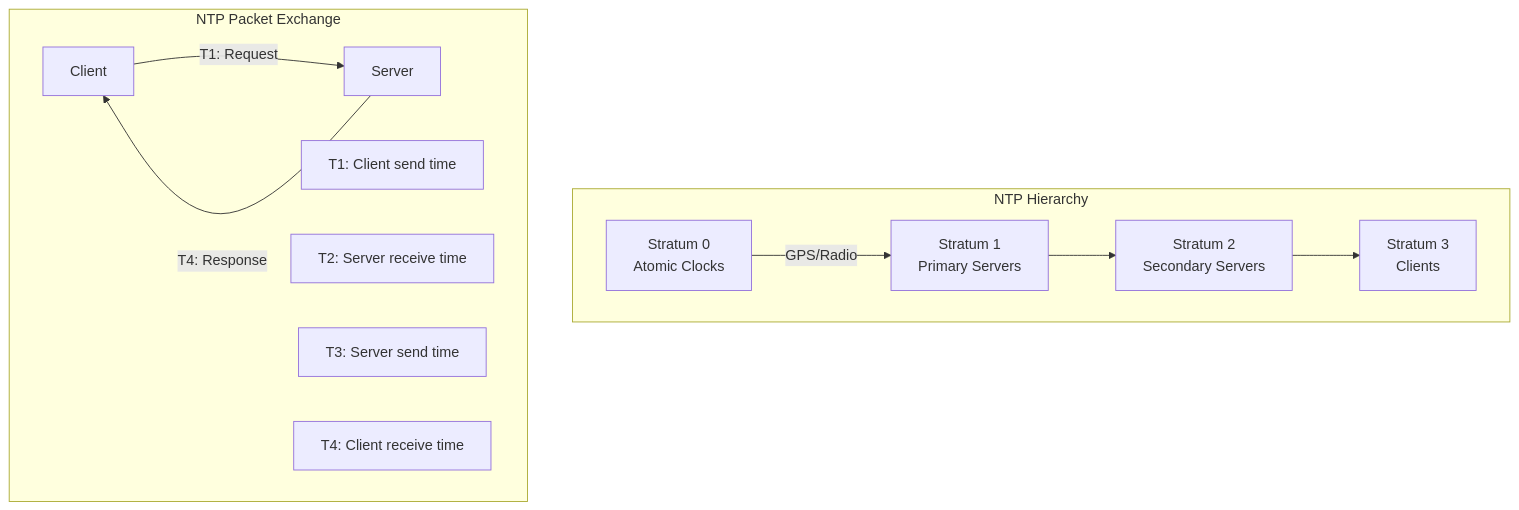
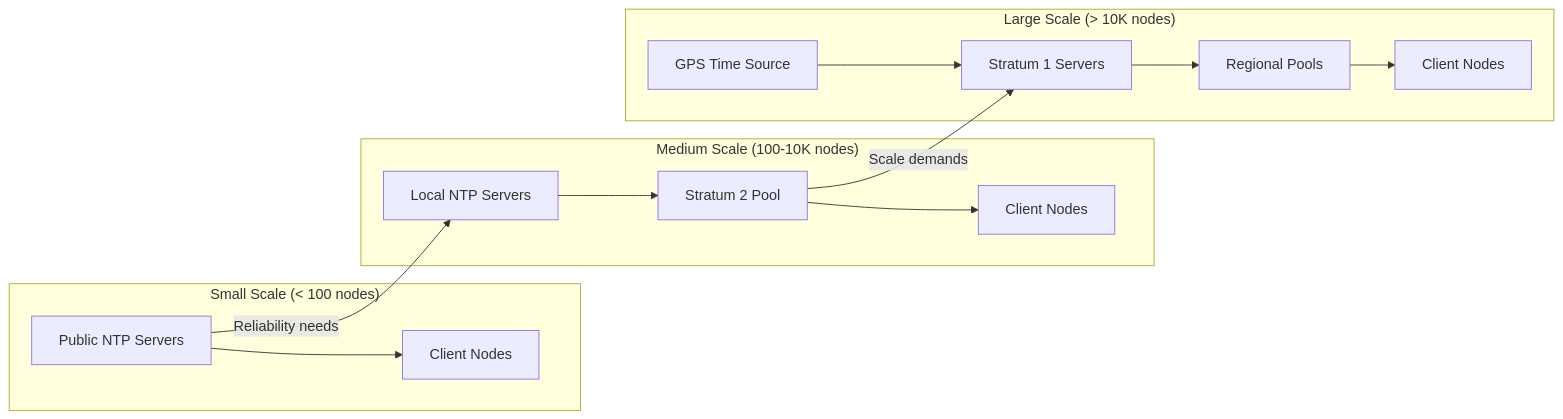
The fourth of 6 diagrams in docs/pattern-library/coordination/clock-sync.md (deepaucksharma/DStudio), drawn with Mermaid before and after one commit. The commit also changed other lines of this file and 23 other files, not shown here.

````diff
--- a/docs/pattern-library/coordination/clock-sync.md
+++ b/docs/pattern-library/coordination/clock-sync.md
@@ -201,23 +241,29 @@
 ```mermaid
-graph TB
- subgraph "NTP Hierarchy"
- S0[Stratum 0<br/>Atomic Clocks]
- S1[Stratum 1<br/>Primary Servers]
- S2[Stratum 2<br/>Secondary Servers]
- S3[Stratum 3<br/>Clients]
- 
- S0 -->|GPS/Radio| S1
- S1 --> S2
- S2 --> S3
- end
- 
- subgraph "NTP Packet Exchange"
- C[Client] -->|T1: Request| S[Server]
- S -->|T4: Response| C
- 
- Note1[T1: Client send time]
- Note2[T2: Server receive time]
- Note3[T3: Server send time]
- Note4[T4: Client receive time]
- end
+graph LR
+    subgraph "Small Scale (< 100 nodes)"
+        A1[Public NTP Servers]
+        A2[Client Nodes]
+        A1 --> A2
+    end
+    
+    subgraph "Medium Scale (100-10K nodes)"
+        B1[Local NTP Servers]
+        B2[Stratum 2 Pool]
+        B3[Client Nodes]
+        B1 --> B2
+        B2 --> B3
+    end
+    
+    subgraph "Large Scale (> 10K nodes)"
+        C1[GPS Time Source]
+        C2[Stratum 1 Servers]
+        C3[Regional Pools]
+        C4[Client Nodes]
+        C1 --> C2
+        C2 --> C3
+        C3 --> C4
+    end
+    
+    A1 -->|Reliability needs| B1
+    B2 -->|Scale demands| C2
 ```
````
